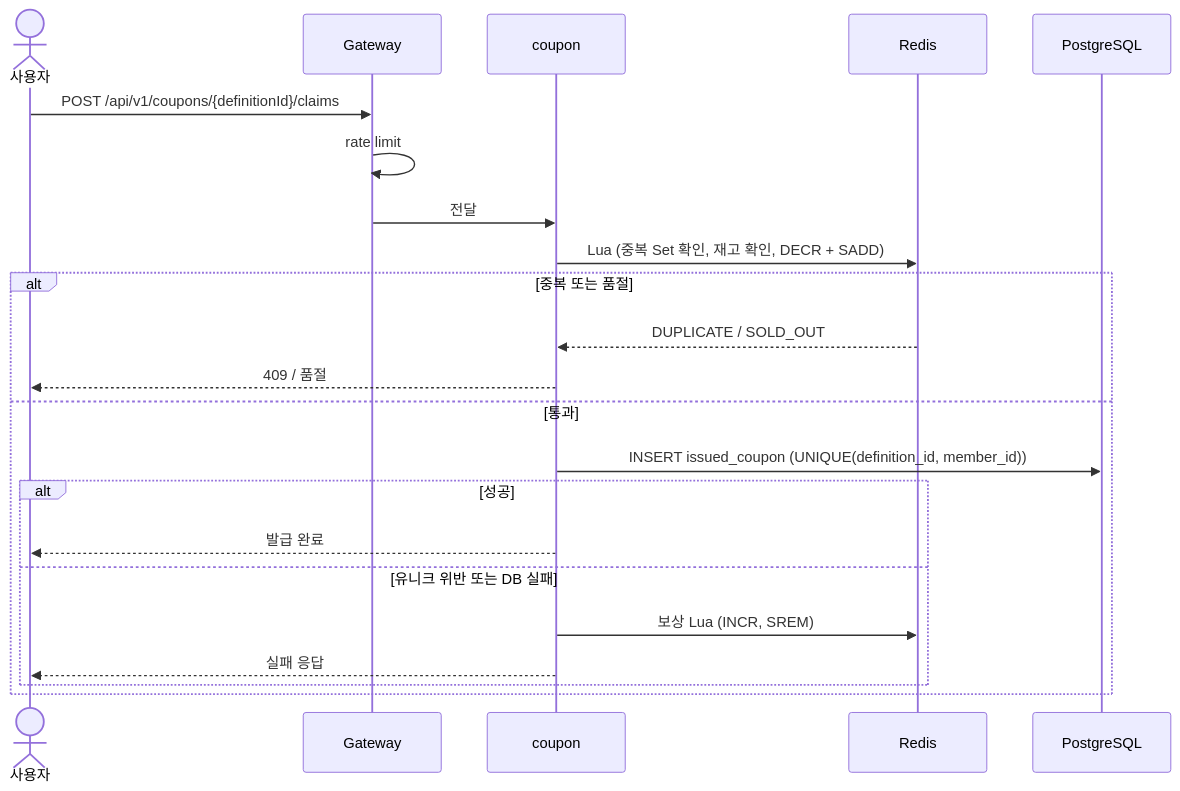
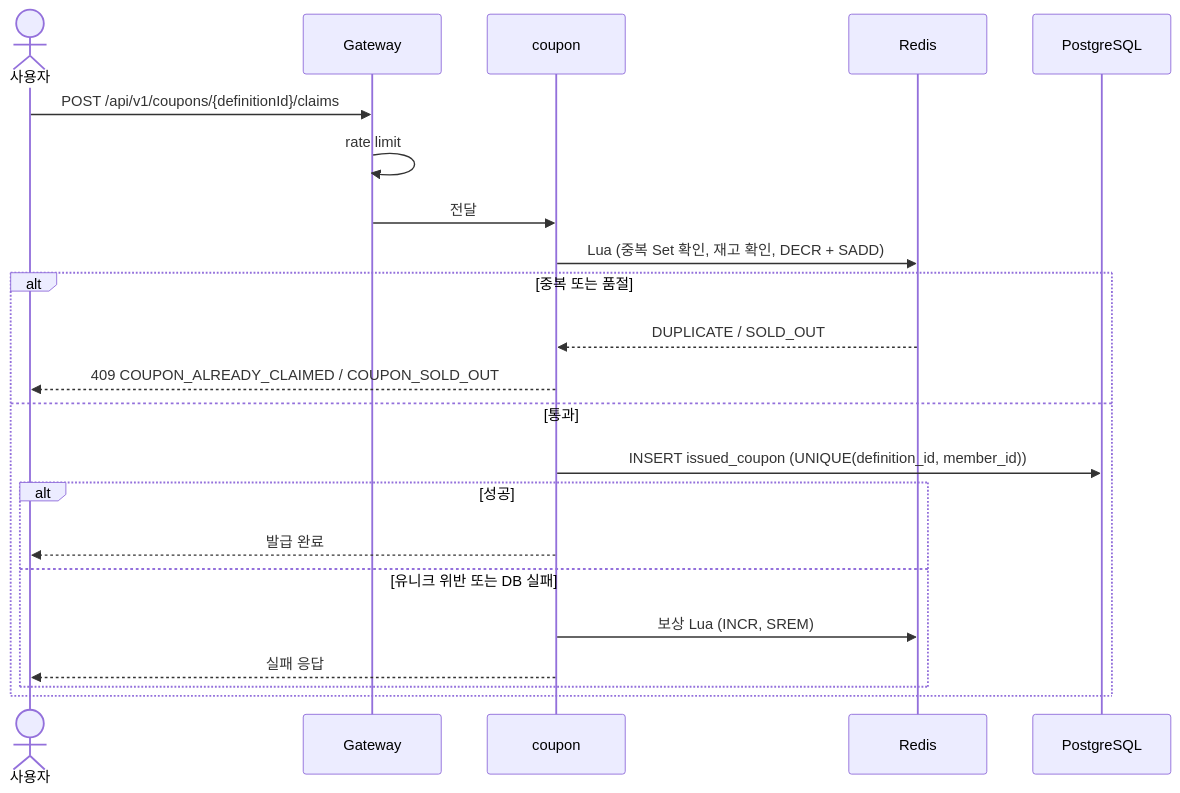
The third of 3 diagrams in docs/architecture/flows.md (jkonury/ticketing), drawn with Mermaid before and after one commit. The commit also changed other lines of this file and 8 other files, not shown here.

Commit message:
docs(architecture): 쿠폰·감사 구현 현황과 E2E 프로세스 구성 반영

````diff
--- a/docs/architecture/flows.md
+++ b/docs/architecture/flows.md
@@ -199,25 +199,25 @@
 ```mermaid
 sequenceDiagram
     actor U as 사용자
     participant G as Gateway
     participant C as coupon
     participant R as Redis
     participant D as PostgreSQL
 
     U->>G: POST /api/v1/coupons/{definitionId}/claims
     G->>G: rate limit
     G->>C: 전달
     C->>R: Lua (중복 Set 확인, 재고 확인, DECR + SADD)
     alt 중복 또는 품절
         R-->>C: DUPLICATE / SOLD_OUT
-        C-->>U: 409 / 품절
+        C-->>U: 409 COUPON_ALREADY_CLAIMED / COUPON_SOLD_OUT
     else 통과
         C->>D: INSERT issued_coupon (UNIQUE(definition_id, member_id))
         alt 성공
             C-->>U: 발급 완료
         else 유니크 위반 또는 DB 실패
             C->>R: 보상 Lua (INCR, SREM)
             C-->>U: 실패 응답
         end
     end
 ```
````
